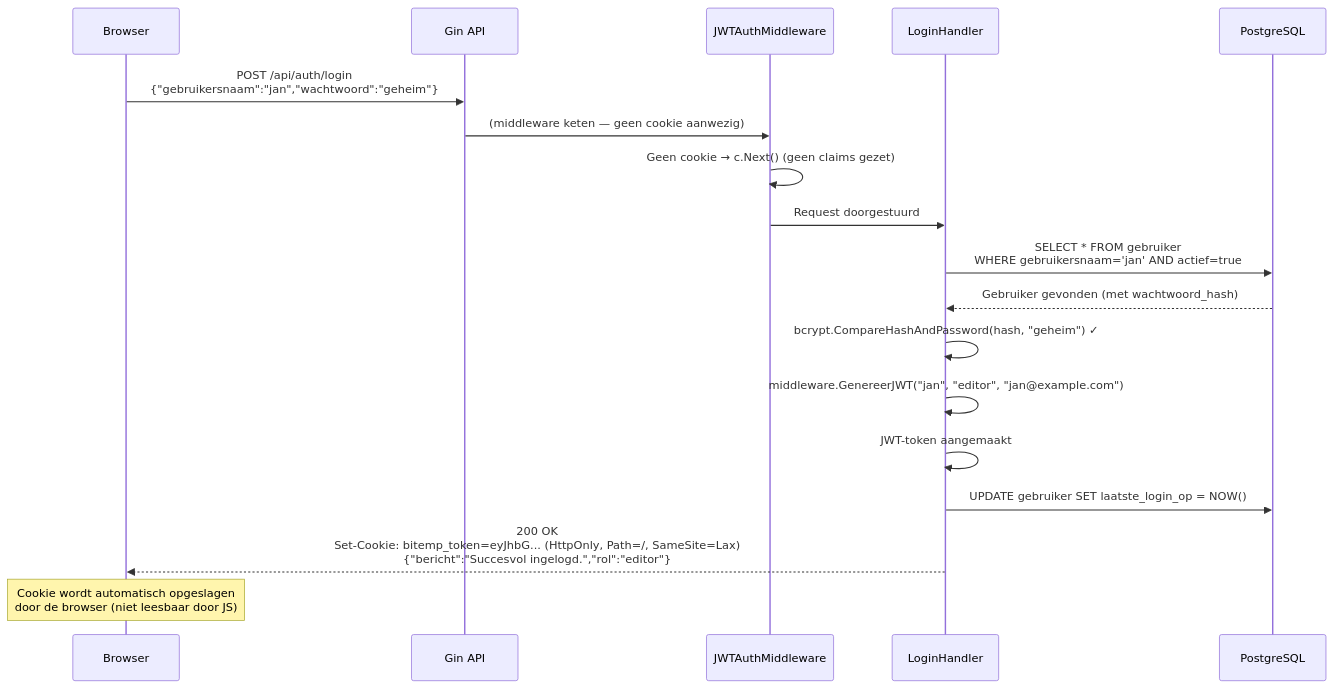
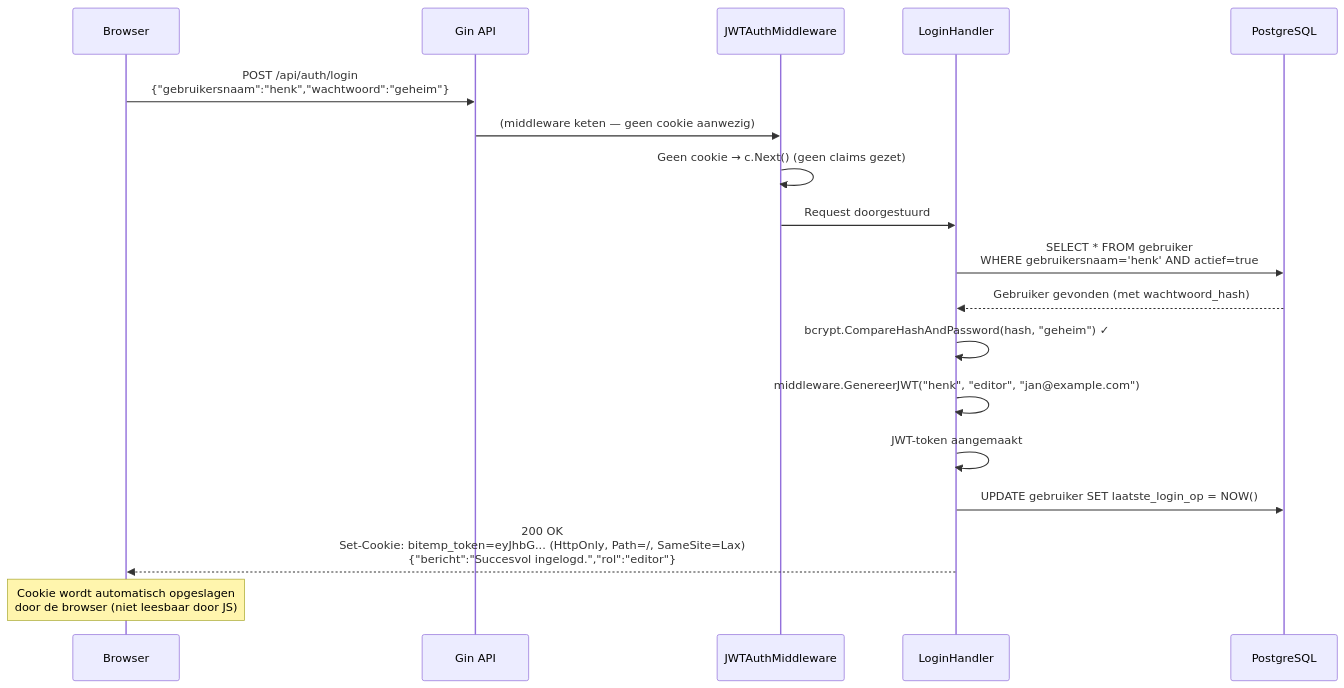
One commit to MarkWestbroek/Bitemporal_2026 changed the first of 8 diagrams in bitemp_register_v06/docs/AUTH_DEVELOPER_GUIDE.md. Above: the diagram before and after it, drawn with Mermaid. The commit also changed other lines of this file and 36 other files, not shown here.

````diff
--- a/bitemp_register_v06/docs/AUTH_DEVELOPER_GUIDE.md
+++ b/bitemp_register_v06/docs/AUTH_DEVELOPER_GUIDE.md
@@ -223,26 +224,26 @@
 ```mermaid
 sequenceDiagram
     participant B as Browser
     participant G as Gin API
     participant MW as JWTAuthMiddleware
     participant H as LoginHandler
     participant DB as PostgreSQL
 
-    B->>G: POST /api/auth/login<br/>{"gebruikersnaam":"jan","wachtwoord":"geheim"}
+    B->>G: POST /api/auth/login<br/>{"gebruikersnaam":"henk","wachtwoord":"geheim"}
     G->>MW: (middleware keten — geen cookie aanwezig)
     MW->>MW: Geen cookie → c.Next() (geen claims gezet)
     MW->>H: Request doorgestuurd
 
-    H->>DB: SELECT * FROM gebruiker<br/>WHERE gebruikersnaam='jan' AND actief=true
+    H->>DB: SELECT * FROM gebruiker<br/>WHERE gebruikersnaam='henk' AND actief=true
     DB-->>H: Gebruiker gevonden (met wachtwoord_hash)
 
     H->>H: bcrypt.CompareHashAndPassword(hash, "geheim") ✓
-    H->>H: middleware.GenereerJWT("jan", "editor", "jan@example.com")
+    H->>H: middleware.GenereerJWT("henk", "editor", "jan@example.com")
     H->>H: JWT-token aangemaakt
 
     H->>DB: UPDATE gebruiker SET laatste_login_op = NOW()
 
     H-->>B: 200 OK<br/>Set-Cookie: bitemp_token=eyJhbG... (HttpOnly, Path=/, SameSite=Lax)<br/>{"bericht":"Succesvol ingelogd.","rol":"editor"}
 
     Note over B: Cookie wordt automatisch opgeslagen<br/>door de browser (niet leesbaar door JS)
 ```
````
